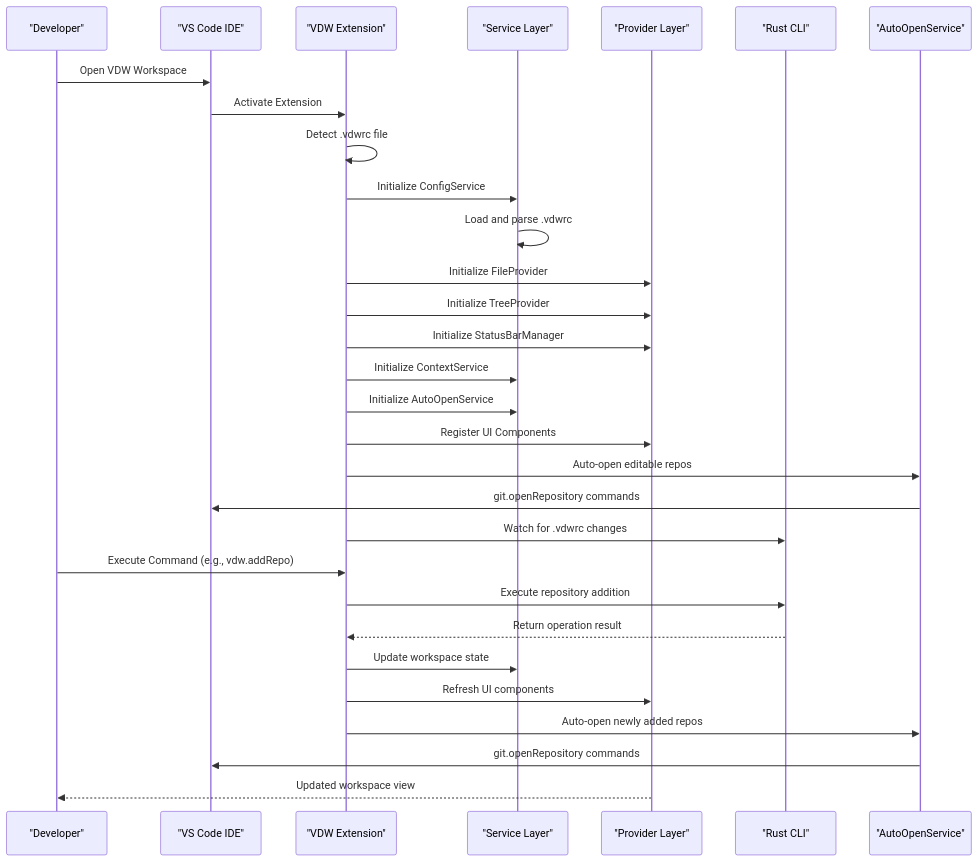
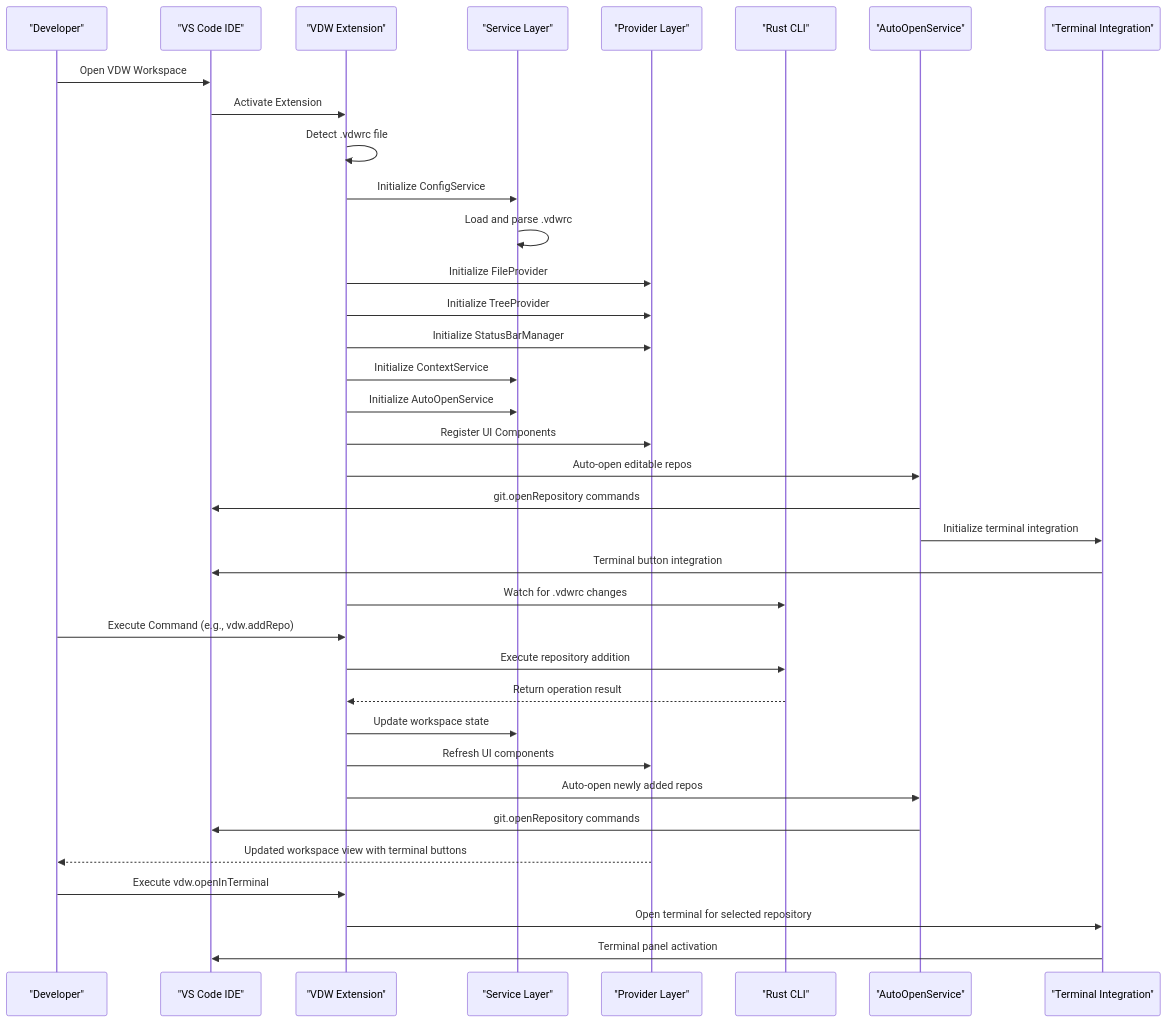
The second of 6 diagrams in .qoder/repowiki/en/content/Core Features Documentation/VS Code Plugin Bridge & IDE Integration.md (HWH-2019/vdw), drawn with Mermaid before and after one commit. The commit also changed other lines of this file and 13 other files, not shown here.

````diff
--- a/.qoder/repowiki/en/content/Core Features Documentation/VS Code Plugin Bridge & IDE Integration.md
+++ b/.qoder/repowiki/en/content/Core Features Documentation/VS Code Plugin Bridge & IDE Integration.md
@@ -211,32 +215,38 @@
 ```mermaid
 sequenceDiagram
 participant User as "Developer"
 participant VSCode as "VS Code IDE"
 participant Extension as "VDW Extension"
 participant Services as "Service Layer"
 participant Providers as "Provider Layer"
 participant CLI as "Rust CLI"
 participant AutoOpen as "AutoOpenService"
+participant Terminal as "Terminal Integration"
 User->>VSCode : Open VDW Workspace
 VSCode->>Extension : Activate Extension
 Extension->>Extension : Detect .vdwrc file
 Extension->>Services : Initialize ConfigService
 Services->>Services : Load and parse .vdwrc
 Extension->>Providers : Initialize FileProvider
 Extension->>Providers : Initialize TreeProvider
 Extension->>Providers : Initialize StatusBarManager
 Extension->>Services : Initialize ContextService
 Extension->>Services : Initialize AutoOpenService
 Extension->>Providers : Register UI Components
 Extension->>AutoOpen : Auto-open editable repos
 AutoOpen->>VSCode : git.openRepository commands
+AutoOpen->>Terminal : Initialize terminal integration
+Terminal->>VSCode : Terminal button integration
 Extension->>CLI : Watch for .vdwrc changes
 User->>Extension : Execute Command (e.g., vdw.addRepo)
 Extension->>CLI : Execute repository addition
 CLI-->>Extension : Return operation result
 Extension->>Services : Update workspace state
 Extension->>Providers : Refresh UI components
 Extension->>AutoOpen : Auto-open newly added repos
 AutoOpen->>VSCode : git.openRepository commands
-Providers-->>User : Updated workspace view
+Providers-->>User : Updated workspace view with terminal buttons
+User->>Extension : Execute vdw.openInTerminal
+Extension->>Terminal : Open terminal for selected repository
+Terminal->>VSCode : Terminal panel activation
 ```
````
